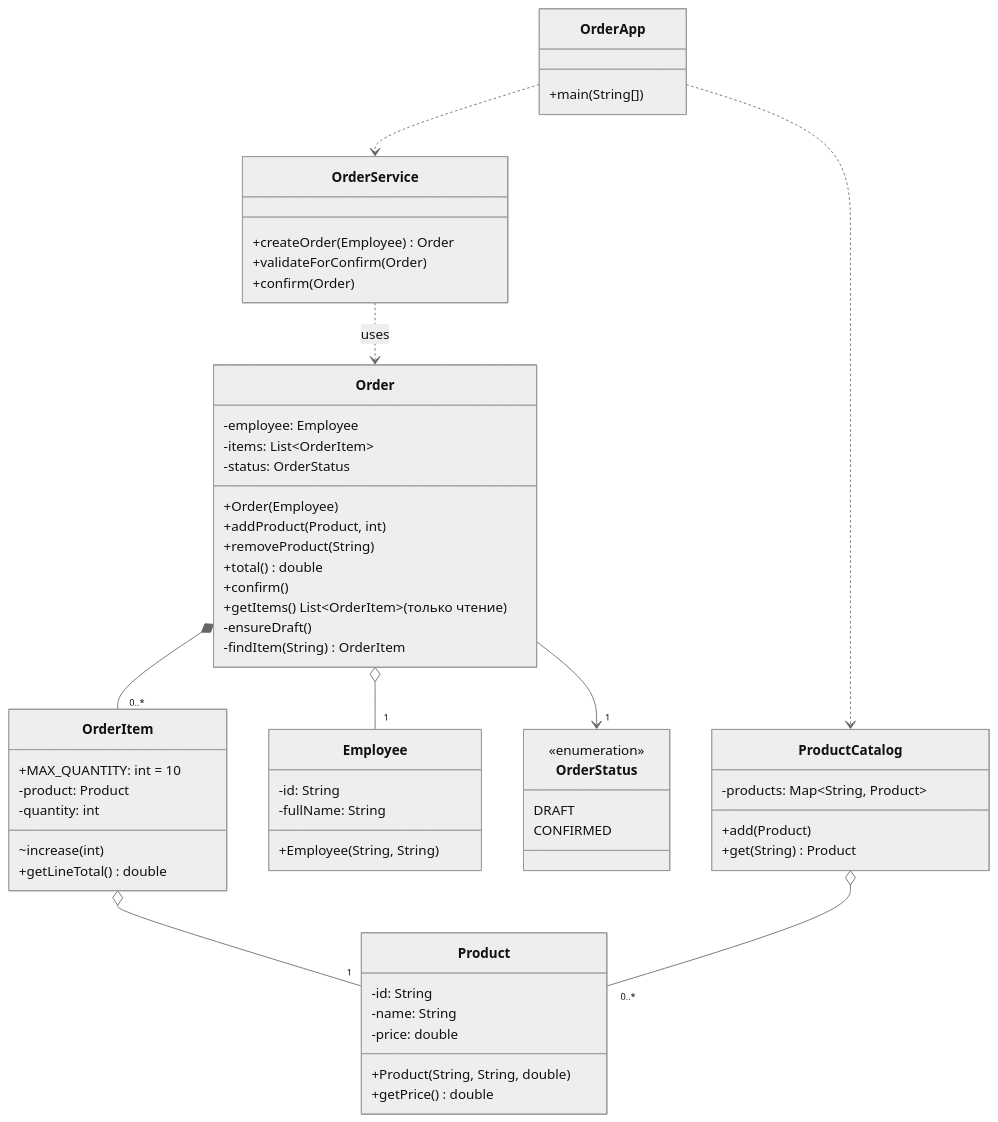
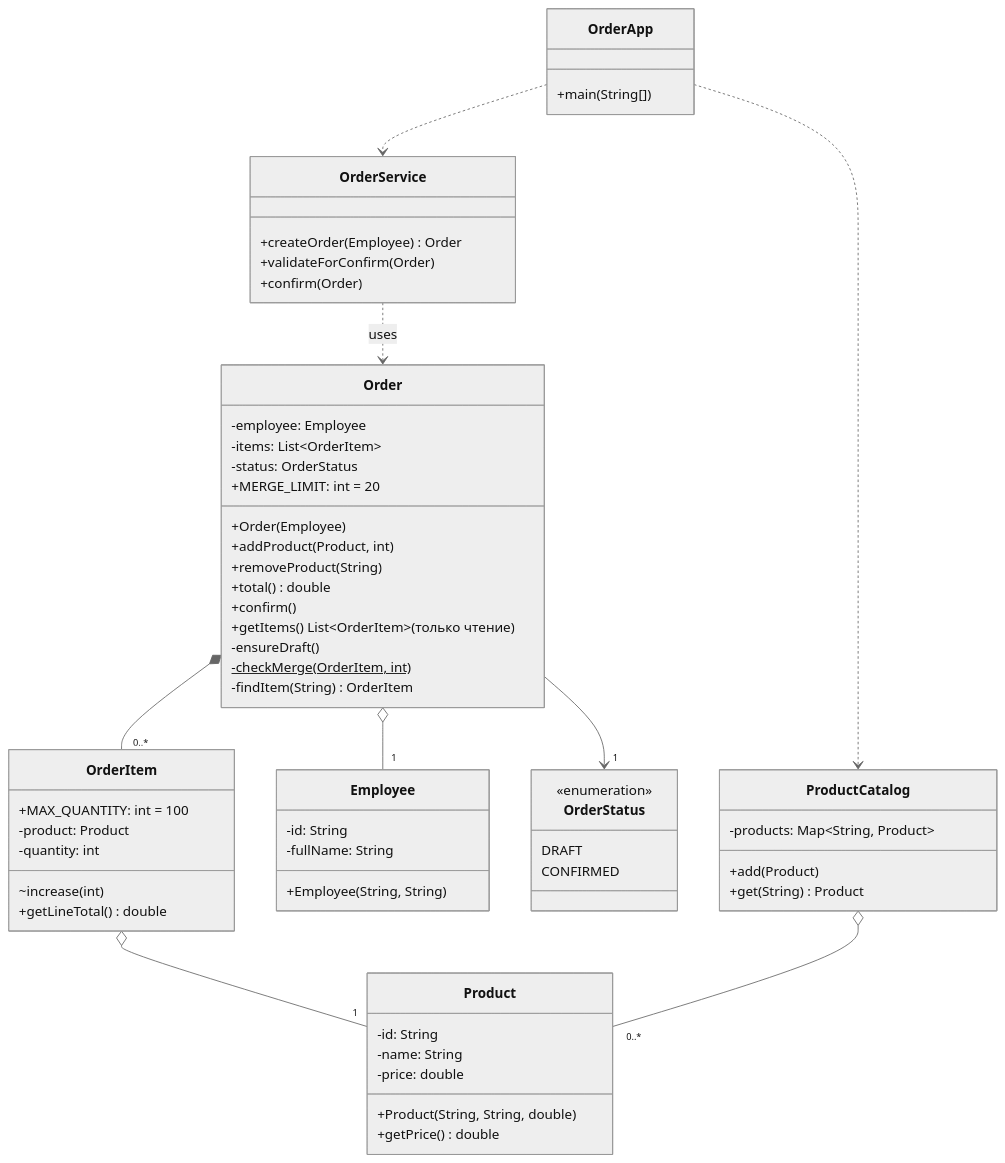
One commit to f1shi/java-practice changed the second of 2 diagrams in pr07/README.md. Above: the diagram before and after it, drawn with Mermaid (neutral theme). The commit also changed other lines of this file and 68 other files, not shown here.

````diff
--- a/pr07/README.md
+++ b/pr07/README.md
@@ -39,61 +40,63 @@
 ```mermaid
 classDiagram
     class OrderService {
         +createOrder(Employee) Order
         +validateForConfirm(Order)
         +confirm(Order)
     }
     class Order {
         -employee: Employee
         -items: List~OrderItem~
         -status: OrderStatus
+        +MERGE_LIMIT: int = 20
         +Order(Employee)
         +addProduct(Product, int)
         +removeProduct(String)
         +total() double
         +confirm()
         +getItems() List~OrderItem~ (только чтение)
         -ensureDraft()
+        -checkMerge(OrderItem, int)$
         -findItem(String) OrderItem
     }
     class OrderItem {
-        +MAX_QUANTITY: int = 10
+        +MAX_QUANTITY: int = 100
         -product: Product
         -quantity: int
         ~increase(int)
         +getLineTotal() double
     }
     class Product {
         -id: String
         -name: String
         -price: double
         +Product(String, String, double)
         +getPrice() double
     }
     class Employee {
         -id: String
         -fullName: String
         +Employee(String, String)
     }
     class OrderStatus {
         <<enumeration>>
         DRAFT
         CONFIRMED
     }
     class ProductCatalog {
         -products: Map~String, Product~
         +add(Product)
         +get(String) Product
     }
     class OrderApp {
         +main(String[])
     }
     OrderService ..> Order : uses
     Order o-- "1" Employee
     Order *-- "0..*" OrderItem
     Order --> "1" OrderStatus
     OrderItem o-- "1" Product
     ProductCatalog o-- "0..*" Product
     OrderApp ..> OrderService
     OrderApp ..> ProductCatalog
 ```
````
